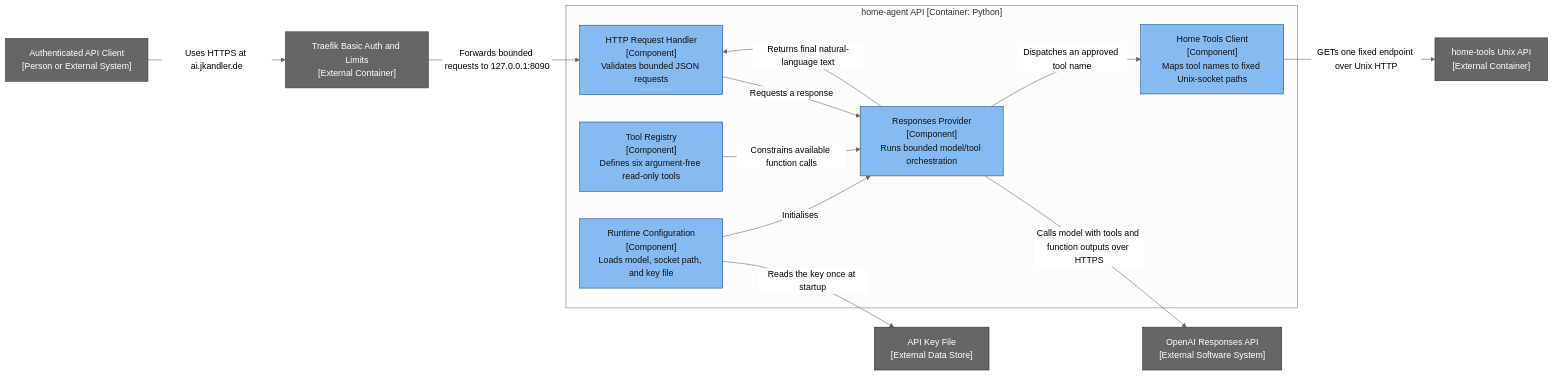
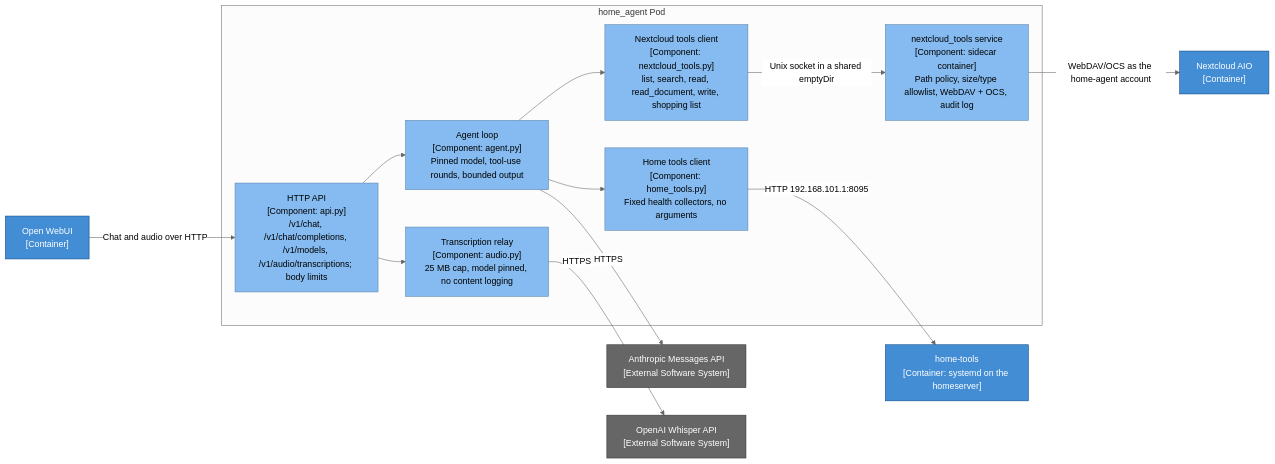
Before and after one commit to KandlerLi/home-infra-docs: the diagram in docs/architecture/current/component-home-agent.md, drawn with Mermaid (neutral theme). The commit also changed other lines of this file and 15 other files, not shown here.

````diff
--- a/docs/architecture/current/component-home-agent.md
+++ b/docs/architecture/current/component-home-agent.md
@@ -7,32 +11,35 @@
 ```mermaid
 flowchart LR
-    caller["Authenticated API Client<br/>[Person or External System]"]
-    proxy["Traefik Basic Auth and Limits<br/>[External Container]"]
-    cloud["OpenAI Responses API<br/>[External Software System]"]
-    host_tools["home-tools Unix API<br/>[External Container]"]
-    key["API Key File<br/>[External Data Store]"]
+    owui["Open WebUI<br/>[Container]"]
+    anthropic["Anthropic Messages API<br/>[External Software System]"]
+    whisper["OpenAI Whisper API<br/>[External Software System]"]
+    hometools["home-tools<br/>[Container: systemd on the homeserver]"]
+    aio["Nextcloud AIO<br/>[Container]"]
 
-    subgraph api["home-agent API [Container: Python]"]
-        http["HTTP Request Handler<br/>[Component]<br/>Validates bounded JSON requests"]
-        provider["Responses Provider<br/>[Component]<br/>Runs bounded model/tool orchestration"]
-        schema["Tool Registry<br/>[Component]<br/>Defines six argument-free read-only tools"]
-        client["Home Tools Client<br/>[Component]<br/>Maps tool names to fixed Unix-socket paths"]
-        config["Runtime Configuration<br/>[Component]<br/>Loads model, socket path, and key file"]
+    subgraph pod["home_agent Pod"]
+        api["HTTP API<br/>[Component: api.py]<br/>/v1/chat, /v1/chat/completions, /v1/models, /v1/audio/transcriptions; body limits"]
+        loop["Agent loop<br/>[Component: agent.py]<br/>Pinned model, tool-use rounds, bounded output"]
+        audio["Transcription relay<br/>[Component: audio.py]<br/>25 MB cap, model pinned, no content logging"]
+        htc["Home tools client<br/>[Component: home_tools.py]<br/>Fixed health collectors, no arguments"]
+        nctc["Nextcloud tools client<br/>[Component: nextcloud_tools.py]<br/>list, search, read, read_document, write, shopping list"]
+        sidecar["nextcloud_tools service<br/>[Component: sidecar container]<br/>Path policy, size/type allowlist, WebDAV + OCS, audit log"]
     end
 
-    caller -->|"Uses HTTPS at ai.jkandler.de"| proxy
-    proxy -->|"Forwards bounded requests to 127.0.0.1:8090"| http
-    http -->|"Requests a response"| provider
-    config -->|"Reads the key once at startup"| key
-    config -->|"Initialises"| provider
-    schema -->|"Constrains available function calls"| provider
-    provider -->|"Calls model with tools and function outputs over HTTPS"| cloud
-    provider -->|"Dispatches an approved tool name"| client
-    client -->|"GETs one fixed endpoint over Unix HTTP"| host_tools
-    provider -->|"Returns final natural-language text"| http
+    owui -->|"Chat and audio over HTTP"| api
+    api --> loop
+    api --> audio
+    loop -->|"HTTPS"| anthropic
+    audio -->|"HTTPS"| whisper
+    loop --> htc
+    loop --> nctc
+    htc -->|"HTTP 192.168.101.1:8095"| hometools
+    nctc -->|"Unix socket in a shared emptyDir"| sidecar
+    sidecar -->|"WebDAV/OCS as the home-agent account"| aio
 
     classDef external fill:#666,color:#fff,stroke:#333
-    classDef component fill:#85bbf0,color:#111,stroke:#0b4884
-    class caller,proxy,cloud,host_tools,key external
-    class http,provider,schema,client,config component
+    classDef container fill:#438dd5,color:#fff,stroke:#0b4884
+    classDef component fill:#85bbf0,color:#000,stroke:#5d82a8
+    class anthropic,whisper external
+    class owui,hometools,aio container
+    class api,loop,audio,htc,nctc,sidecar component
 ```
````
